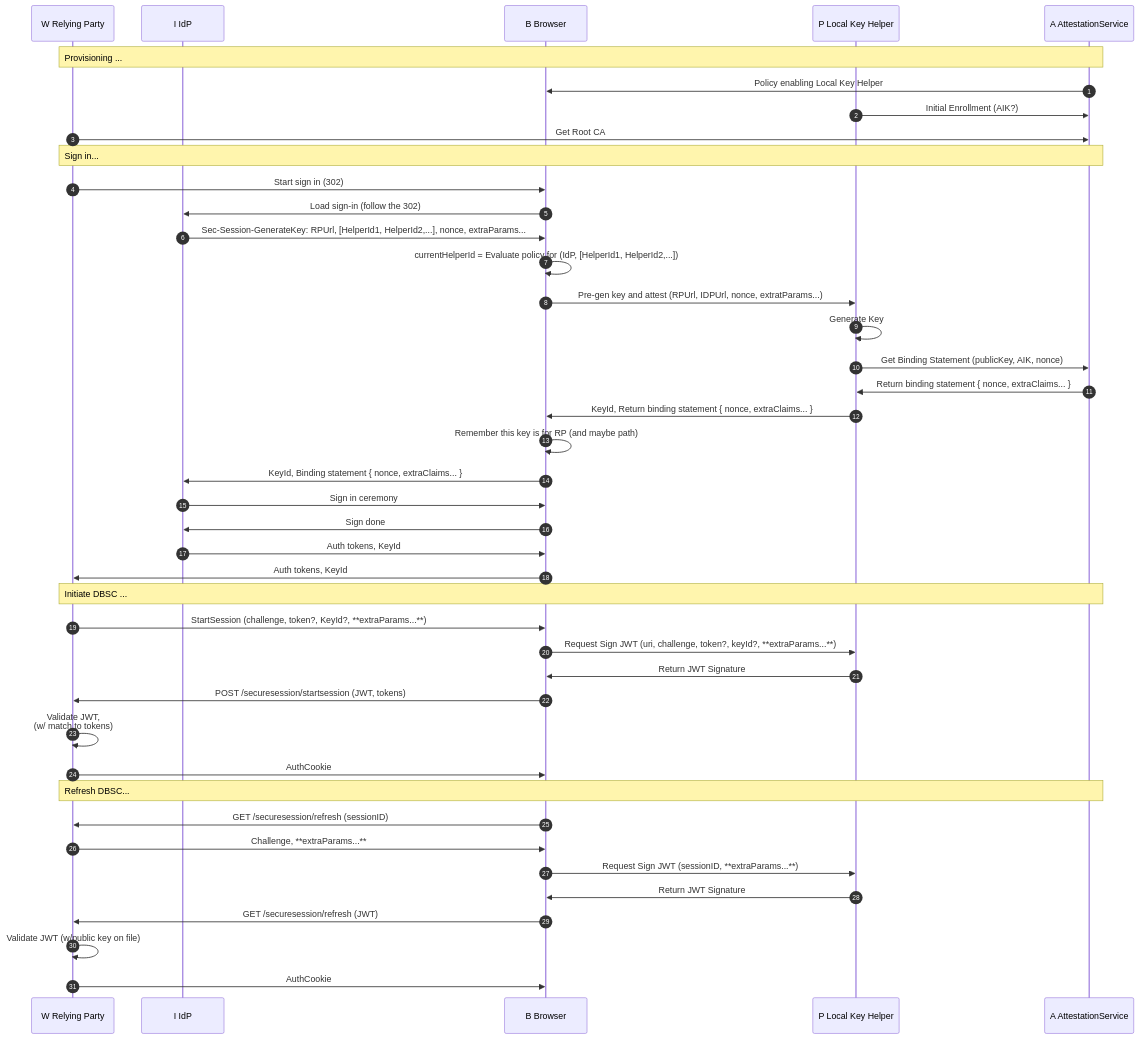
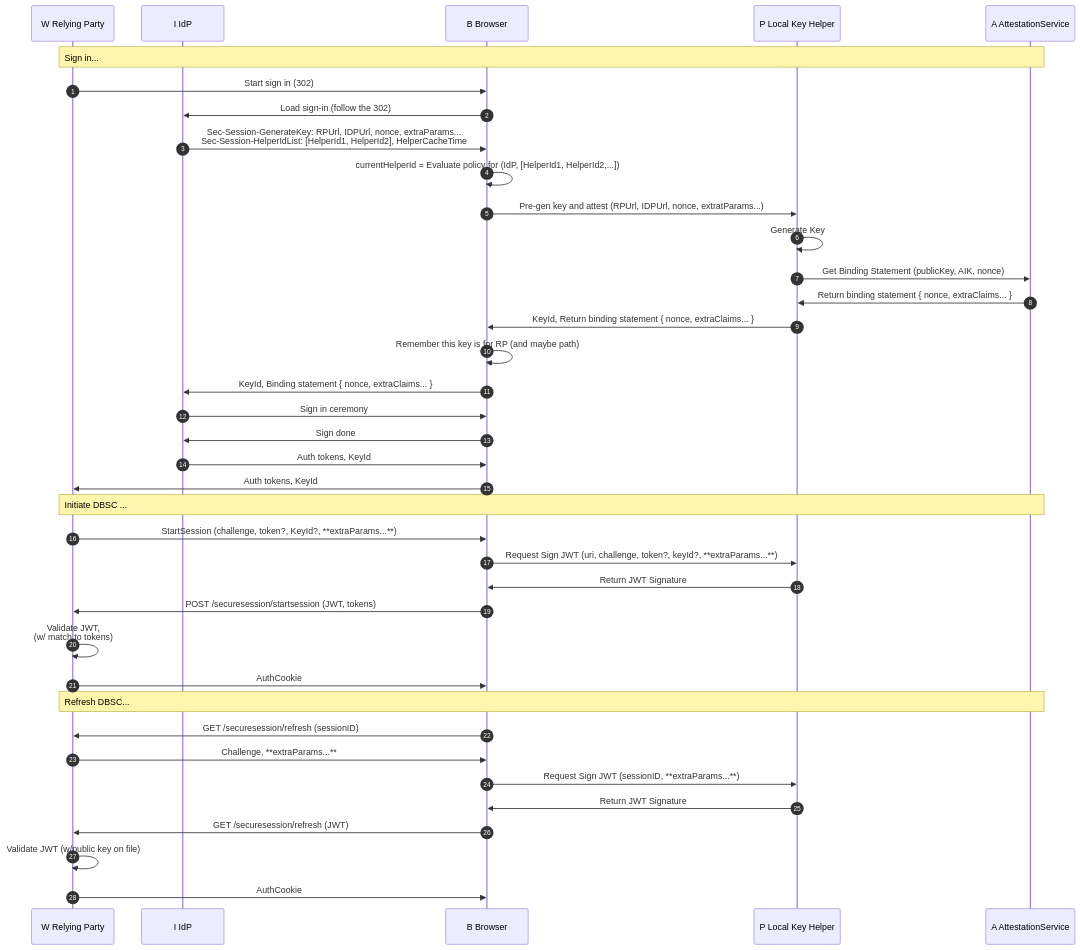
The second of 9 diagrams in README.md (alextok/dbsc-discussions), drawn with Mermaid before and after one commit. The commit also changed other lines of this file, not shown here.

````diff
--- a/README.md
+++ b/README.md
@@ -3,53 +17,49 @@
 ```mermaid
 sequenceDiagram
 %%{ init: { 'sequence': { 'noteAlign': 'left'} } }%%
 autonumber 1
 participant W as W Relying Party
 participant I as I IdP
 participant B as B Browser
 participant P as P Local Key Helper
 participant A as A AttestationService
 
-Note over W, A: Provisioning ...
-A->>B: Policy enabling Local Key Helper
-P->>A: Initial Enrollment (AIK?)
-W->>A: Get Root CA
 Note over W, A: Sign in...
 W->>B: Start sign in (302)
 B->>I: Load sign-in (follow the 302)
  
-I->>B: Sec-Session-GenerateKey: RPUrl, [HelperId1, HelperId2,...], nonce, extraParams...
+I->>B: Sec-Session-GenerateKey: RPUrl, IDPUrl, nonce, extraParams...<br/>Sec-Session-HelperIdList: [HelperId1, HelperId2], HelperCacheTime
 B->>B: currentHelperId = Evaluate policy for (IdP, [HelperId1, HelperId2,...])
 B->>P: Pre-gen key and attest (RPUrl, IDPUrl, nonce, extratParams...)
  
 P->>P: Generate Key
  
 P->>A: Get Binding Statement (publicKey, AIK, nonce)
 A->>P: Return binding statement { nonce, extraClaims... }
 P->>B: KeyId, Return binding statement { nonce, extraClaims... }
 B->>B: Remember this key is for RP (and maybe path)
 B->>I: KeyId, Binding statement { nonce, extraClaims... }
  
 I->>B: Sign in ceremony
 B->>I: Sign done
  
 I->>B: Auth tokens, KeyId
 B->>W: Auth tokens, KeyId
  
 Note over W, A: Initiate DBSC ...
 W->>B: StartSession (challenge, token?, KeyId?, **extraParams...**)
 B->>P: Request Sign JWT (uri, challenge, token?, keyId?, **extraParams...**)
 P->>B: Return JWT Signature
 B->>W: POST /securesession/startsession (JWT, tokens)
 W->>W: Validate JWT, <br/>(w/ match to tokens)
 W->>B: AuthCookie
 
 Note over W, A: Refresh DBSC...
 B->>W: GET /securesession/refresh (sessionID)
 W->>B: Challenge, **extraParams...**
 B->>P: Request Sign JWT (sessionID, **extraParams...**)
 P->>B: Return JWT Signature
 B->>W: GET /securesession/refresh (JWT)
 W->>W: Validate JWT (w/public key on file)
 W->>B: AuthCookie
 ```
````
